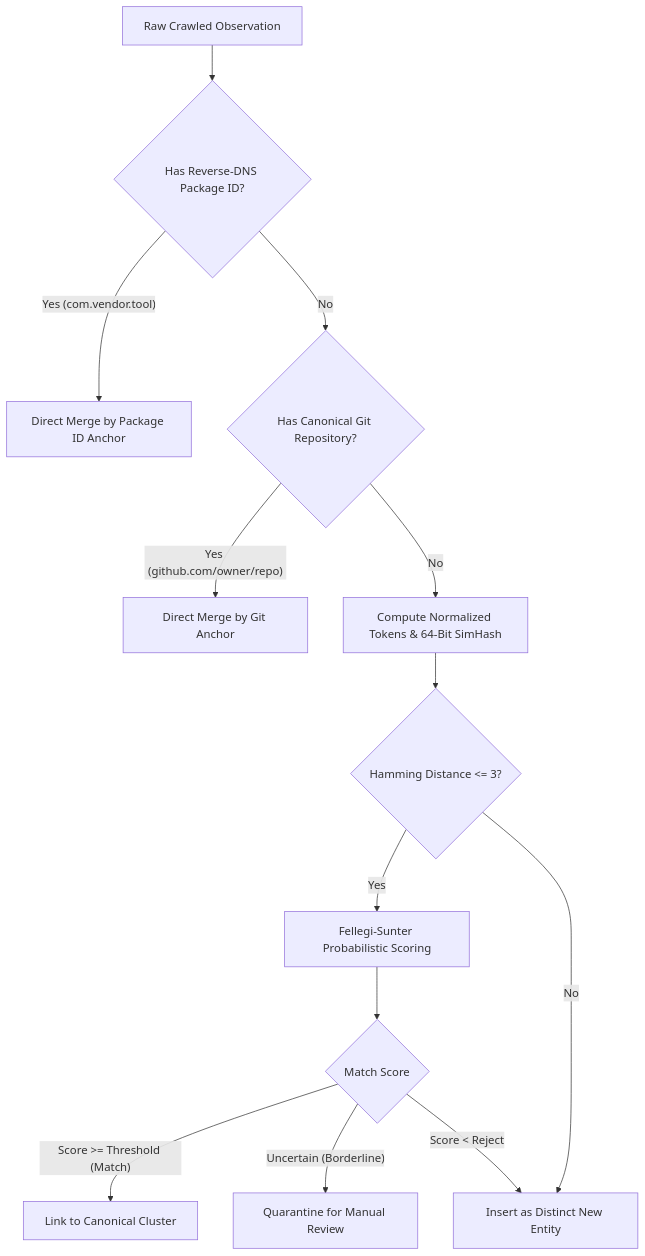
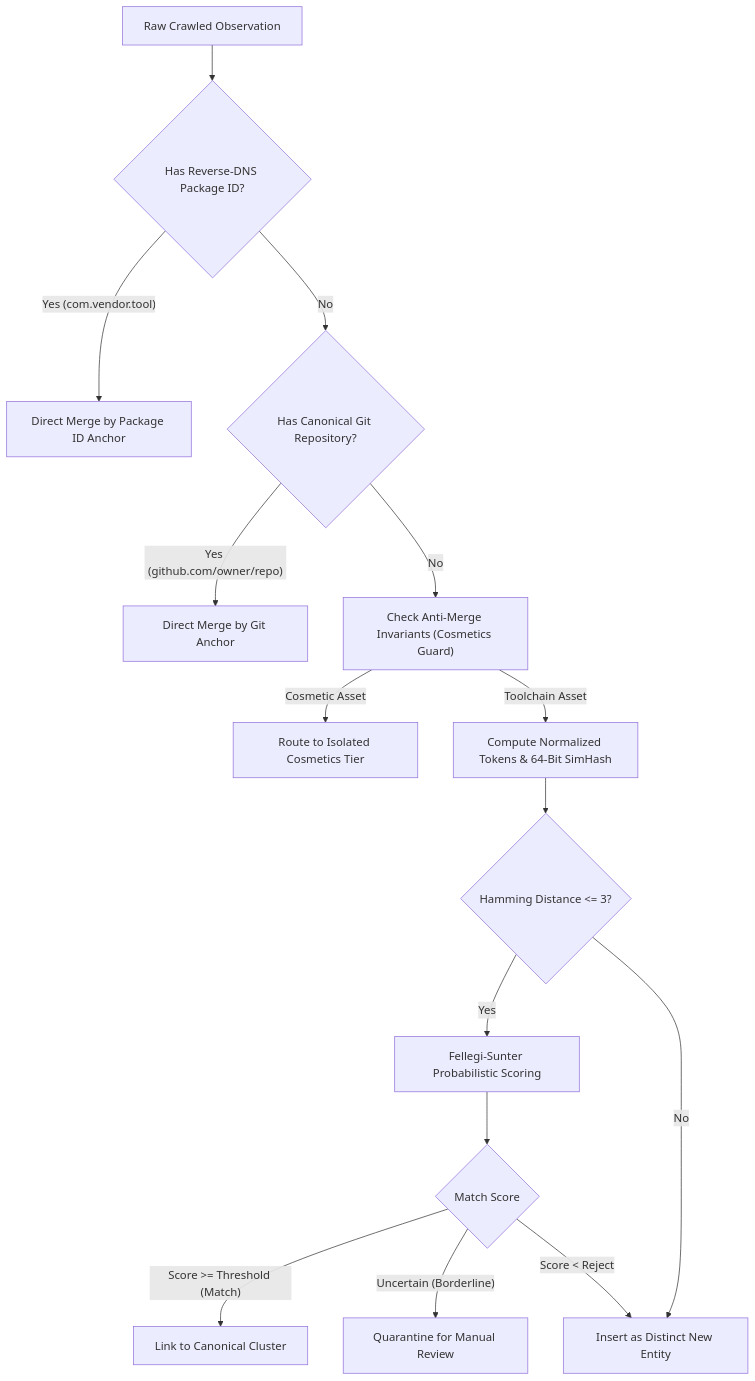
One commit to SlamTheDragon/vrc-package-crawler changed the first of 2 diagrams in docs/topics/03_entity_resolution_and_deduplication.md. Above: the diagram before and after it, drawn with Mermaid. The commit also changed other lines of this file and 18 other files, not shown here.

````diff
--- a/docs/topics/03_entity_resolution_and_deduplication.md
+++ b/docs/topics/03_entity_resolution_and_deduplication.md
@@ -17,15 +17,17 @@
 ```mermaid
 flowchart TD
     A["Raw Crawled Observation"] --> B{"Has Reverse-DNS Package ID?"}
     B -- "Yes (com.vendor.tool)" --> C["Direct Merge by Package ID Anchor"]
     B -- "No" --> D{"Has Canonical Git Repository?"}
     D -- "Yes (github.com/owner/repo)" --> E["Direct Merge by Git Anchor"]
-    D -- "No" --> F["Compute Normalized Tokens & 64-Bit SimHash"]
-    F --> G{"Hamming Distance <= 3?"}
-    G -- "Yes" --> H["Fellegi-Sunter Probabilistic Scoring"]
-    G -- "No" --> I["Insert as Distinct New Entity"]
-    H --> J{"Match Score"}
-    J -- "Score >= Threshold (Match)" --> K["Link to Canonical Cluster"]
-    J -- "Uncertain (Borderline)" --> L["Quarantine for Manual Review"]
-    J -- "Score < Reject" --> I
+    D -- "No" --> F["Check Anti-Merge Invariants (Cosmetics Guard)"]
+    F -- "Cosmetic Asset" --> G["Route to Isolated Cosmetics Tier"]
+    F -- "Toolchain Asset" --> H["Compute Normalized Tokens & 64-Bit SimHash"]
+    H --> I{"Hamming Distance <= 3?"}
+    I -- "Yes" --> J["Fellegi-Sunter Probabilistic Scoring"]
+    I -- "No" --> K["Insert as Distinct New Entity"]
+    J --> L{"Match Score"}
+    L -- "Score >= Threshold (Match)" --> M["Link to Canonical Cluster"]
+    L -- "Uncertain (Borderline)" --> N["Quarantine for Manual Review"]
+    L -- "Score < Reject" --> K
 ```
````
